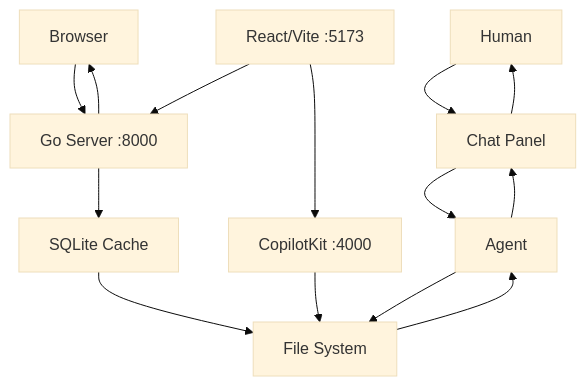
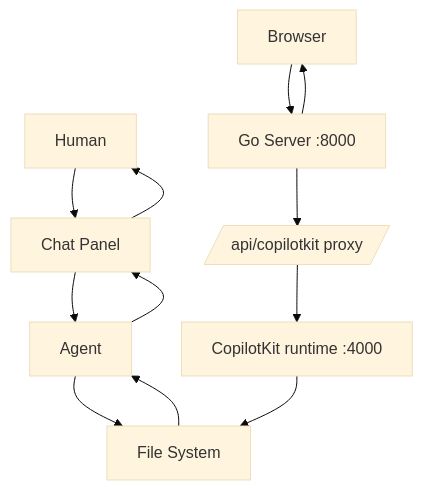
One commit to synlace/devtop changed the diagram in .devtop/docs/architecture/index.mdx. Above: the diagram before and after it, drawn with Mermaid (base theme). The commit also changed other lines of this file and 12 other files, not shown here.

````diff
--- a/.devtop/docs/architecture/index.mdx
+++ b/.devtop/docs/architecture/index.mdx
@@ -21,16 +21,14 @@
 ```mermaid
 graph TD
     H[Human] --> C[Chat Panel]
     C --> A[Agent]
     A --> F[File System]
     F --> A
     A --> C
     C --> H
     B[Browser] --> G[Go Server :8000]
-    G --> DB[SQLite Cache]
-    DB --> F
+    G --> P[/api/copilotkit proxy/]
+    P --> R[CopilotKit runtime :4000]
+    R --> F
     G --> B
-    R[React/Vite :5173] --> G
-    R --> CP[CopilotKit :4000]
-    CP --> F
 ```
````
